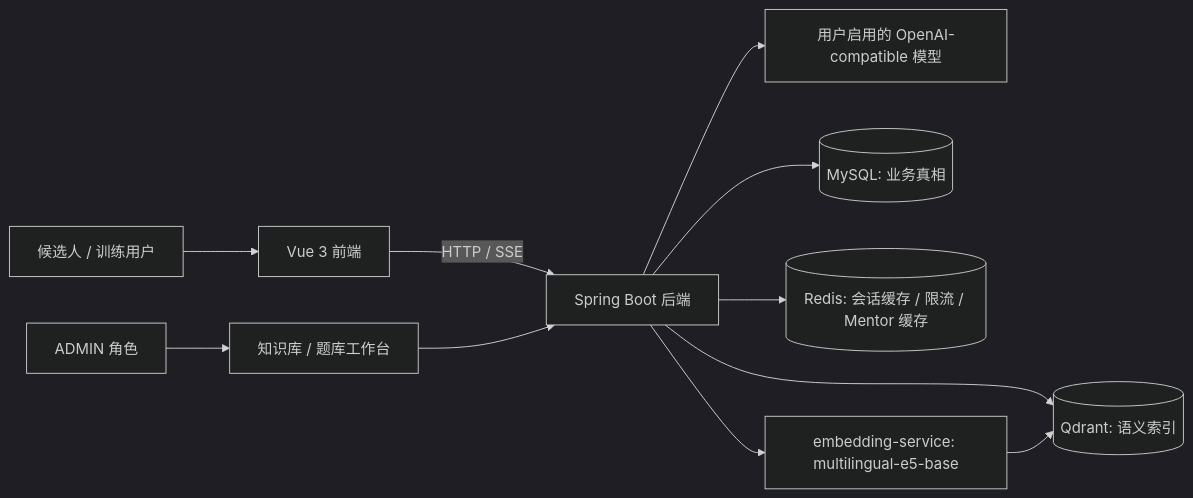
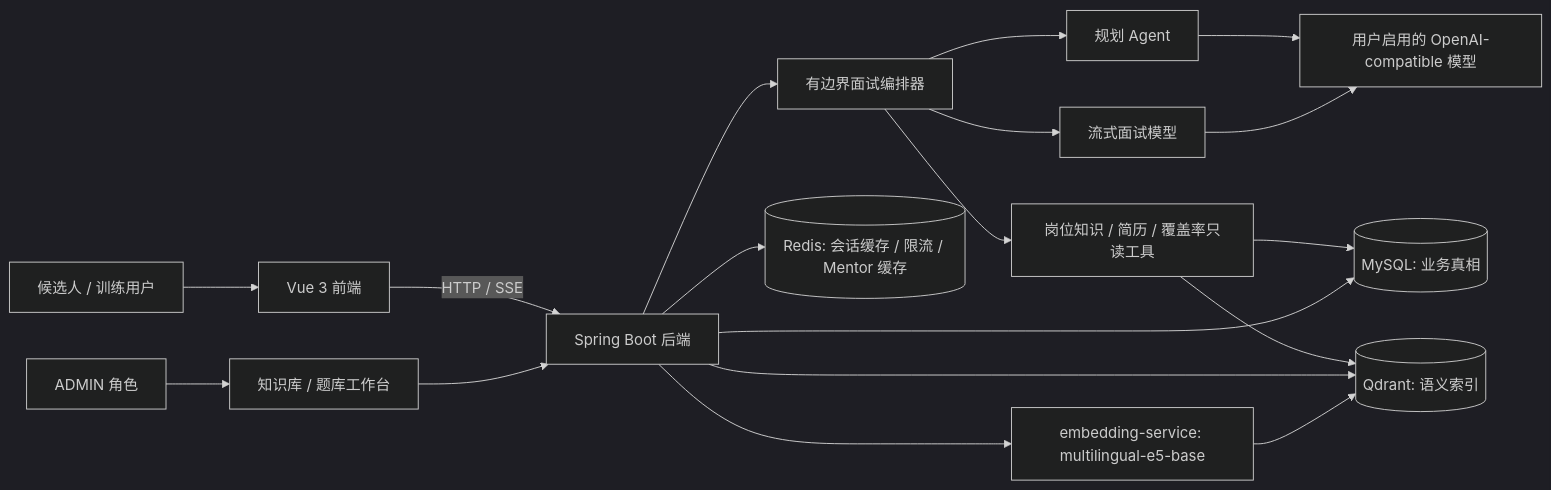
Before and after one commit to nzy0510/AI-Interview: the first of 3 diagrams in README.md, drawn with Mermaid (dark theme). The commit also changed other lines of this file and 11 other files, not shown here.

````diff
--- a/README.md
+++ b/README.md
@@ -94,13 +95,20 @@
 ```mermaid
 graph LR
     User["候选人 / 训练用户"] --> Frontend["Vue 3 前端"]
     Frontend -->|"HTTP / SSE"| Backend["Spring Boot 后端"]
-    Backend --> LLM["用户启用的 OpenAI-compatible 模型"]
+    Backend --> Orchestrator["有边界面试编排器"]
+    Orchestrator --> Planner["规划 Agent"]
+    Orchestrator --> Tools["岗位知识 / 简历 / 覆盖率只读工具"]
+    Orchestrator --> Generator["流式面试模型"]
+    Planner --> LLM["用户启用的 OpenAI-compatible 模型"]
+    Generator --> LLM
+    Tools --> MySQL
+    Tools --> Qdrant
     Backend --> MySQL[("MySQL: 业务真相")]
     Backend --> Redis[("Redis: 会话缓存 / 限流 / Mentor 缓存")]
     Backend --> Qdrant[("Qdrant: 语义索引")]
     Backend --> Embed["embedding-service: multilingual-e5-base"]
     Embed --> Qdrant
     Workspace["知识库 / 题库工作台"] --> Backend
     Admin["ADMIN 角色"] --> Workspace
 ```
````
